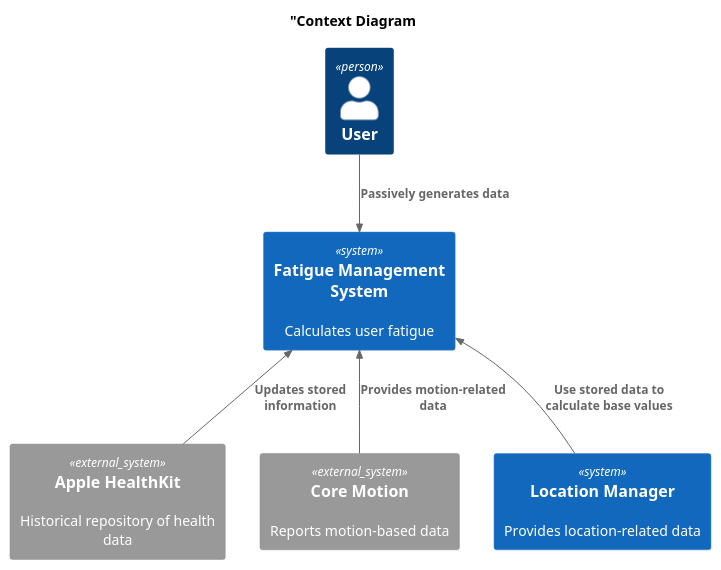
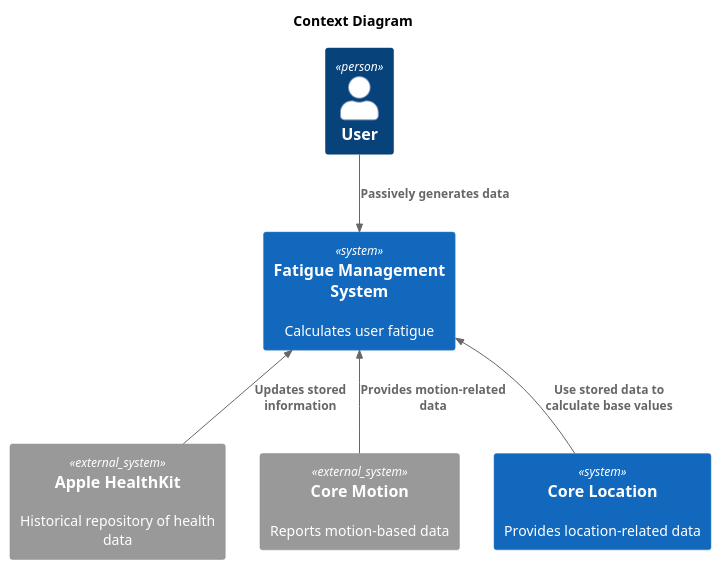
Before and after one commit to VC-658-Team/VC-658: the diagram in diagrams/context/context-diagram.puml, drawn with PlantUML. The commit also changed 3 other files, not shown here.

Commit message:
updating diagrams

```diff
--- a/diagrams/context/context-diagram.puml
+++ b/diagrams/context/context-diagram.puml
@@ -4,19 +4,19 @@
 @startuml Context-diagram
 !include  https://raw.githubusercontent.com/plantuml-stdlib/C4-PlantUML/master/C4_Context.puml
 
-title "Context Diagram
+title "Context Diagram"
 
 Person(user, "User", )
 System_Ext(healthkit, "Apple HealthKit", "Historical repository of health data")
 System_Ext(coreMotion, "Core Motion", "Reports motion-based data")
-System(locationMgr, "Location Manager", "Provides location-related data")
+System(coreLocation, "Core Location", "Provides location-related data")
 
 System(system, "Fatigue Management System", "Calculates user fatigue")
 
 Rel_D(user, system, "Passively generates data")
 Rel_U(healthkit, system, "Updates stored information")
 Rel_U(coreMotion, system, "Provides motion-related data")
-Rel_U(locationMgr, system, "Use stored data to calculate base values")
+Rel_U(coreLocation, system, "Use stored data to calculate base values")
 
 
 @enduml
```
